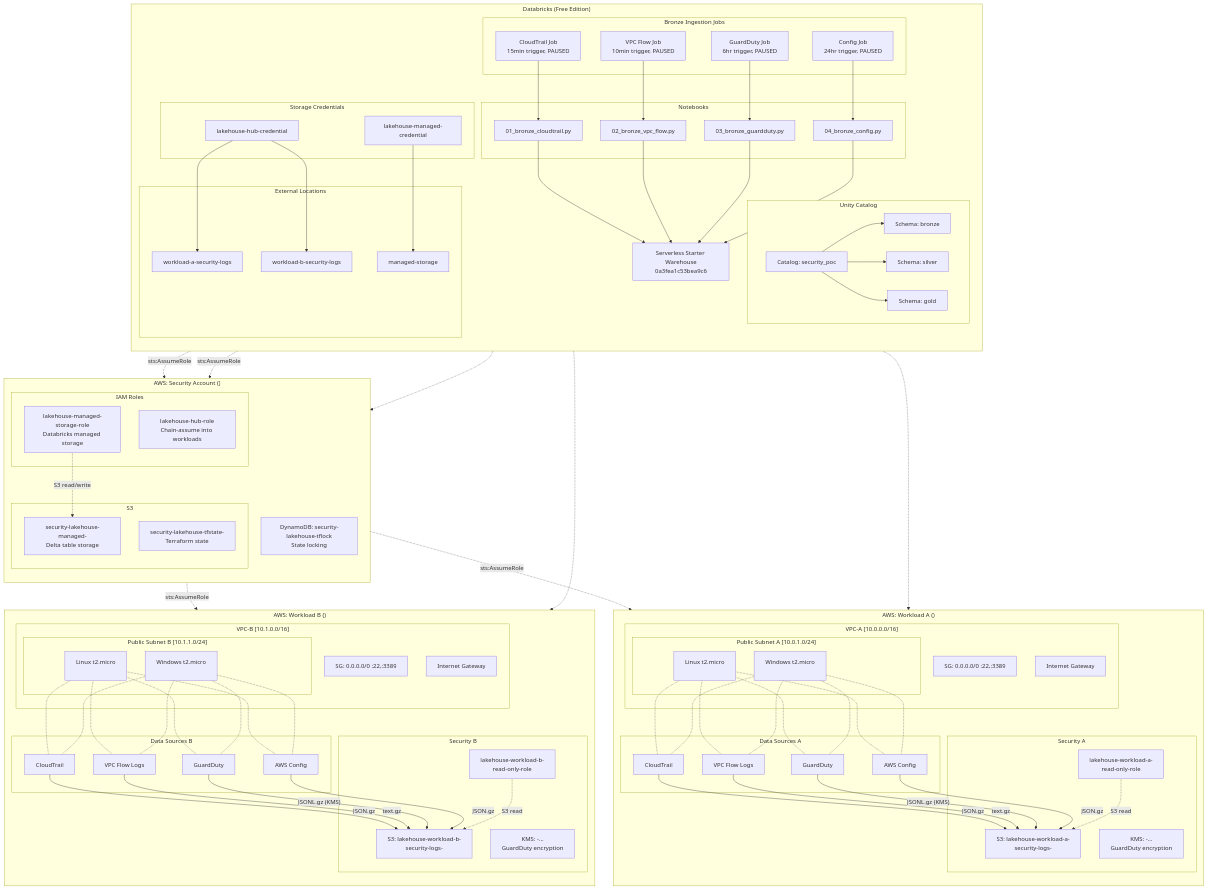
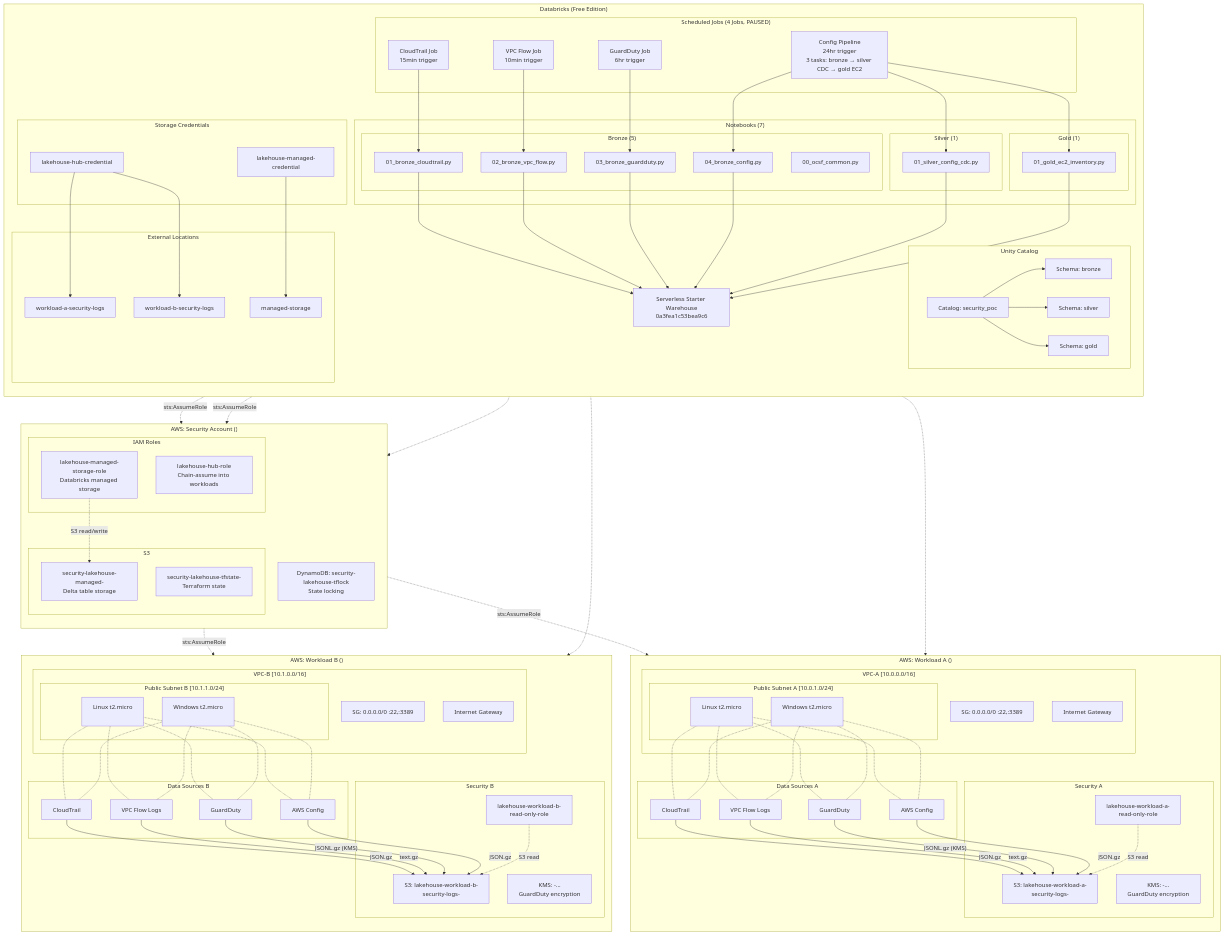
One commit to snk5125/security-data-platform changed the first of 4 diagrams in architecture_diagram.md. Above: the diagram before and after it, drawn with Mermaid. The commit also changed other lines of this file and 11 other files, not shown here.

Commit message:
Added silver and gold layers

```diff
--- a/architecture_diagram.md
+++ b/architecture_diagram.md
@@ -20,18 +20,27 @@
             CAT --> SG
         end
 
-        subgraph "Bronze Ingestion Jobs"
-            J1["CloudTrail Job<br/>15min trigger, PAUSED"]
-            J2["VPC Flow Job<br/>10min trigger, PAUSED"]
-            J3["GuardDuty Job<br/>6hr trigger, PAUSED"]
-            J4["Config Job<br/>24hr trigger, PAUSED"]
+        subgraph "Scheduled Jobs (4 Jobs, PAUSED)"
+            J1["CloudTrail Job<br/>15min trigger"]
+            J2["VPC Flow Job<br/>10min trigger"]
+            J3["GuardDuty Job<br/>6hr trigger"]
+            J4["Config Pipeline<br/>24hr trigger<br/>3 tasks: bronze → silver CDC → gold EC2"]
         end
 
-        subgraph "Notebooks"
-            N1["01_bronze_cloudtrail.py"]
-            N2["02_bronze_vpc_flow.py"]
-            N3["03_bronze_guardduty.py"]
-            N4["04_bronze_config.py"]
+        subgraph "Notebooks (7)"
+            subgraph "Bronze (5)"
+                N0["00_ocsf_common.py"]
+                N1["01_bronze_cloudtrail.py"]
+                N2["02_bronze_vpc_flow.py"]
+                N3["03_bronze_guardduty.py"]
+                N4["04_bronze_config.py"]
+            end
+            subgraph "Silver (1)"
+                N5["01_silver_config_cdc.py"]
+            end
+            subgraph "Gold (1)"
+                N6["01_gold_ec2_inventory.py"]
+            end
         end
 
         subgraph "Storage Credentials"
@@ -49,7 +58,10 @@
         J2 --> N2
         J3 --> N3
         J4 --> N4
+        J4 --> N5
+        J4 --> N6
         N1 & N2 & N3 & N4 --> DW
+        N5 & N6 --> DW
         HC --> EL1 & EL2
         MC --> EL3
     end
```
